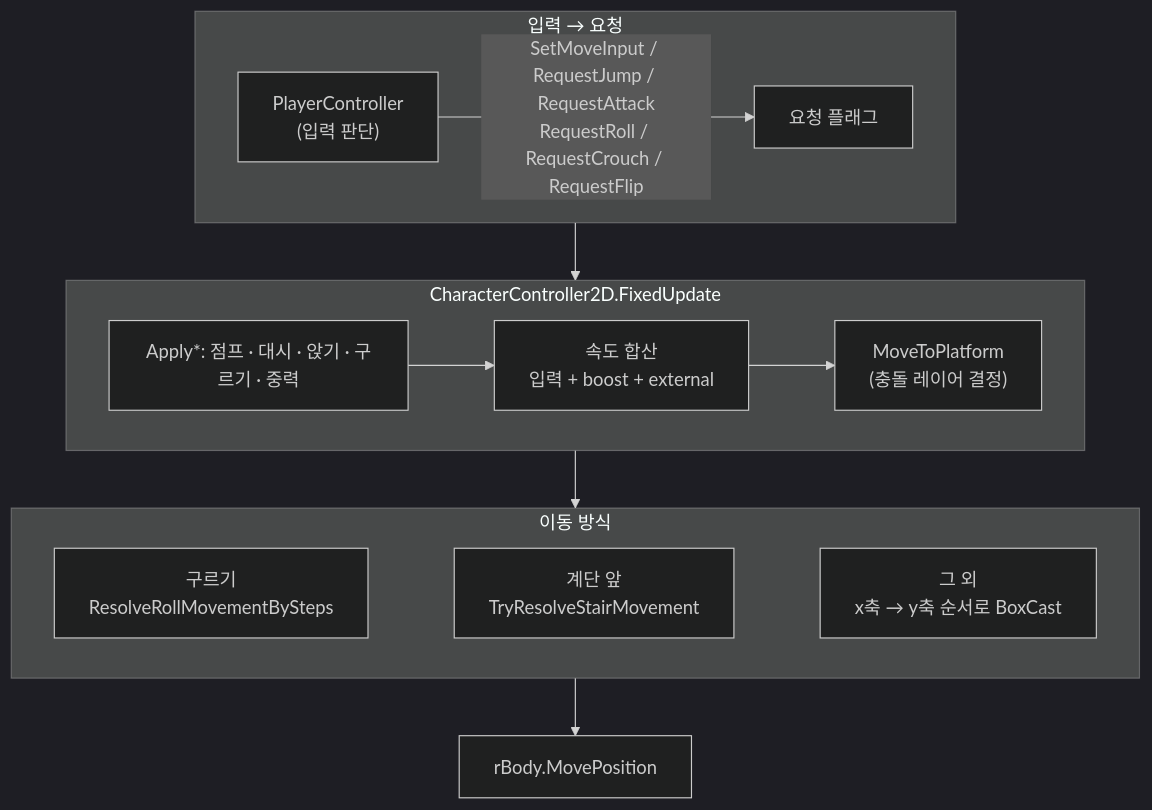
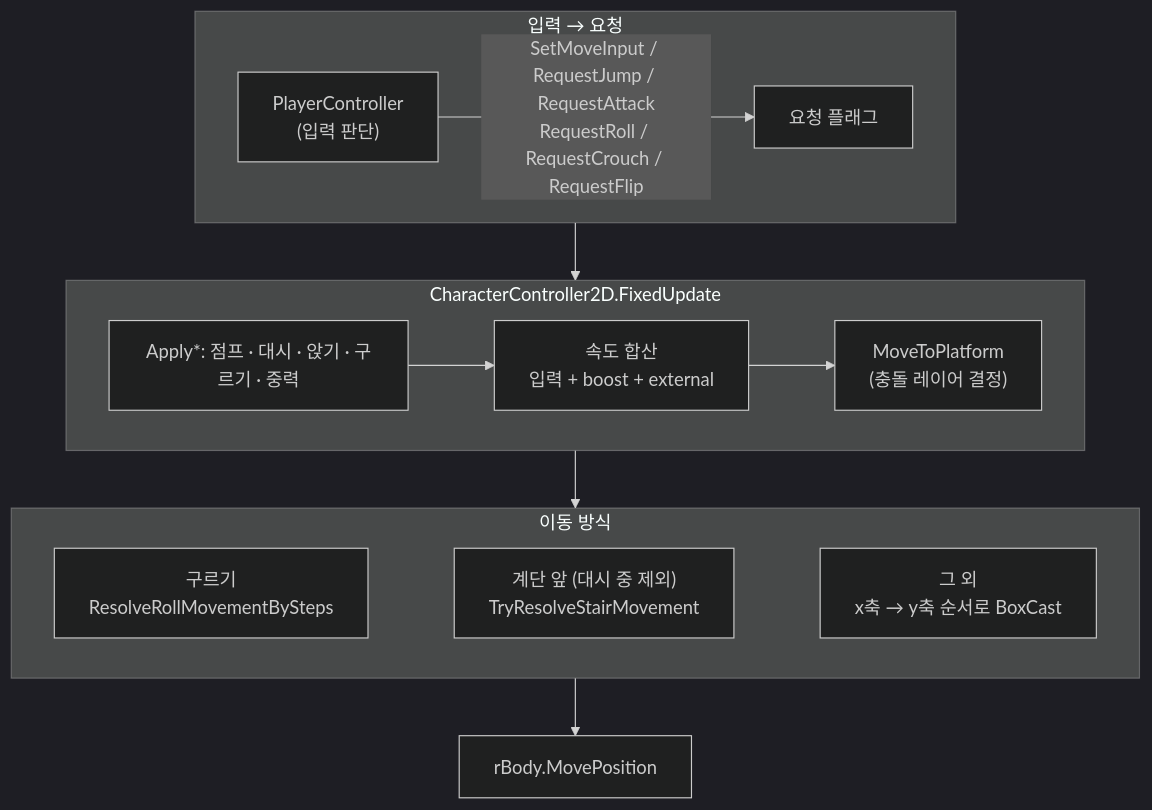
One commit to NaJungWon/portfolio changed the third of 6 diagrams in src/03-katana-zero/기술문서.md. Above: the diagram before and after it, drawn with Mermaid (dark theme). The commit also changed other lines of this file and 5 other files, not shown here.

````diff
--- a/src/03-katana-zero/기술문서.md
+++ b/src/03-katana-zero/기술문서.md
@@ -161,19 +164,19 @@
 ```mermaid
 flowchart TB
     subgraph S1["입력 → 요청"]
         direction LR
         I["PlayerController<br/>(입력 판단)"] -->|"SetMoveInput / RequestJump / RequestAttack<br/>RequestRoll / RequestCrouch / RequestFlip"| Q["요청 플래그"]
     end
     subgraph S2["CharacterController2D.FixedUpdate"]
         direction LR
         A["Apply*: 점프 · 대시 · 앉기 · 구르기 · 중력"] --> V["속도 합산<br/>입력 + boost + external"] --> P["MoveToPlatform<br/>(충돌 레이어 결정)"]
     end
     subgraph S3["이동 방식"]
         direction LR
         R["구르기<br/>ResolveRollMovementBySteps"]
-        S["계단 앞<br/>TryResolveStairMovement"]
+        S["계단 앞 (대시 중 제외)<br/>TryResolveStairMovement"]
         X["그 외<br/>x축 → y축 순서로 BoxCast"]
         R ~~~ S ~~~ X
     end
     S1 --> S2 --> S3 --> MP["rBody.MovePosition"]
 ```
````
